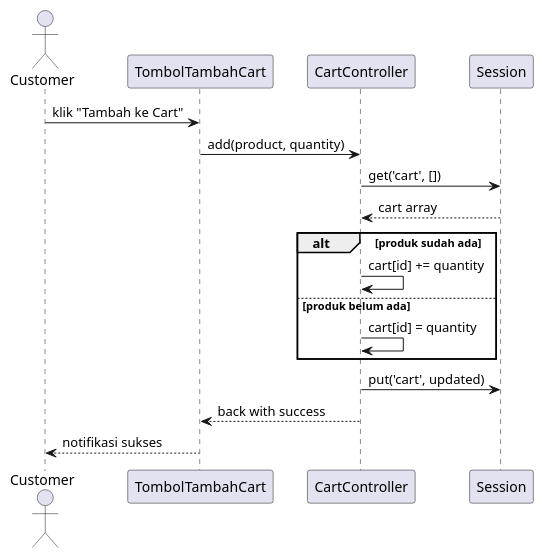
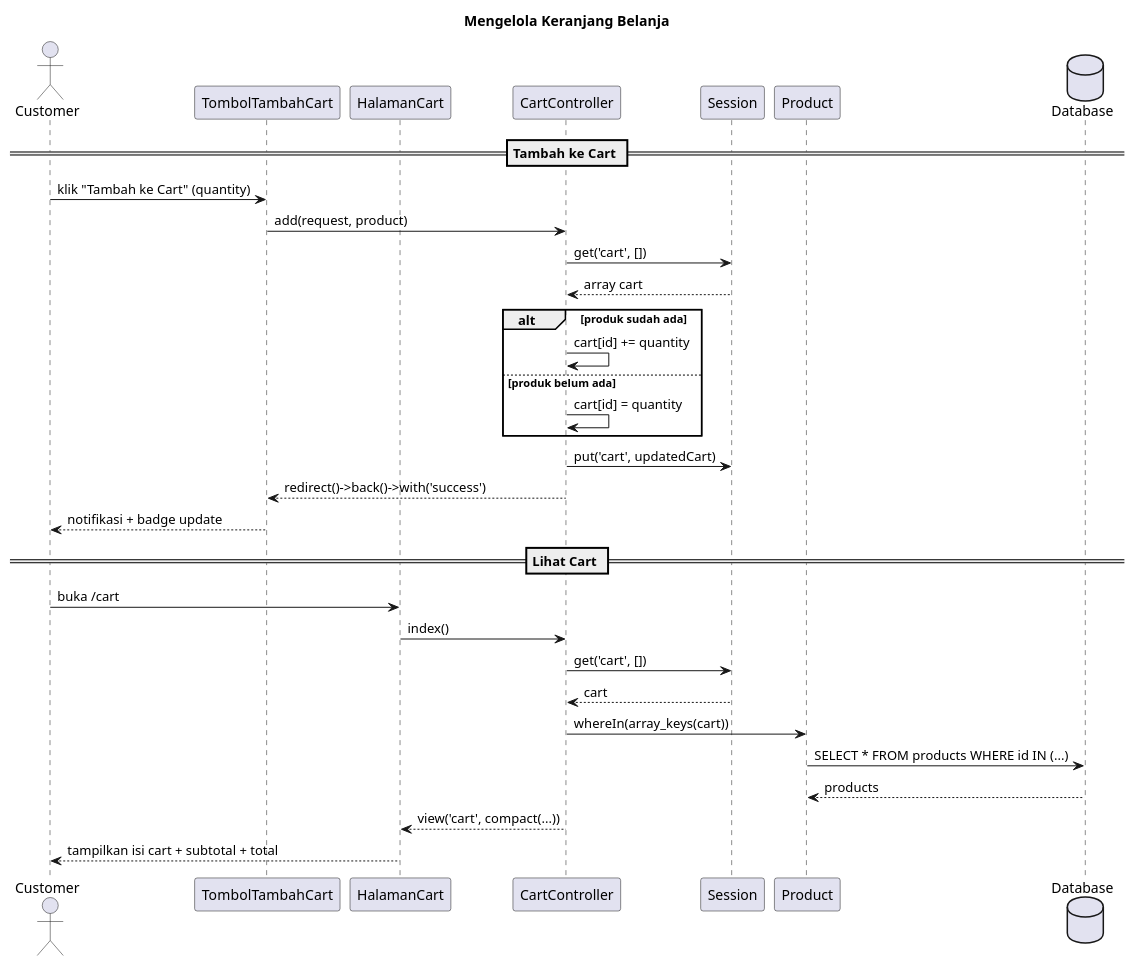
Before and after one commit to notsorcerer/ABP-WEB: the fifth of 10 diagrams in DPPL.md, drawn with PlantUML. The commit also changed other lines of this file and 1 other file, not shown here.

````diff
--- a/DPPL.md
+++ b/DPPL.md
@@ -1264,24 +1192,40 @@
 ```plantuml
 @startuml
+title Mengelola Keranjang Belanja
+
 actor Customer
-participant "TombolTambahCart" as UI
+participant "TombolTambahCart" as UI1
+participant "HalamanCart" as UI2
 participant "CartController" as C
 participant "Session" as S
+participant "Product" as M
+database "Database" as DB
 
-Customer -> UI : klik "Tambah ke Cart"
-UI -> C : add(product, quantity)
-
+== Tambah ke Cart ==
+Customer -> UI1 : klik "Tambah ke Cart" (quantity)
+UI1 -> C : add(request, product)
 C -> S : get('cart', [])
-S --> C : cart array
+S --> C : array cart
 
 alt produk sudah ada
   C -> C : cart[id] += quantity
 else produk belum ada
   C -> C : cart[id] = quantity
 end
 
-C -> S : put('cart', updated)
-C --> UI : back with success
-UI --> Customer : notifikasi sukses
+C -> S : put('cart', updatedCart)
+C --> UI1 : redirect()->back()->with('success')
+UI1 --> Customer : notifikasi + badge update
+
+== Lihat Cart ==
+Customer -> UI2 : buka /cart
+UI2 -> C : index()
+C -> S : get('cart', [])
+S --> C : cart
+C -> M : whereIn(array_keys(cart))
+M -> DB : SELECT * FROM products WHERE id IN (...)
+DB --> M : products
+C --> UI2 : view('cart', compact(...))
+UI2 --> Customer : tampilkan isi cart + subtotal + total
 @enduml
 ```
````
